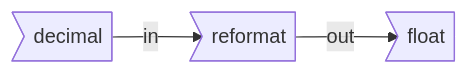
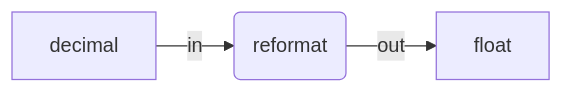
One commit to Heinzad/heinzad.github.io changed the second of 2 diagrams in _posts/2022-11-02-column-transformations-with-t-sql.md. Above: the diagram before and after it, drawn with Mermaid. The commit also changed other lines of this file, not shown here.

Commit message:
Post 20221102 commit 1138

````diff
--- a/_posts/2022-11-02-column-transformations-with-t-sql.md
+++ b/_posts/2022-11-02-column-transformations-with-t-sql.md
@@ -89,5 +89,5 @@
 ```mermaid 
 graph LR; 
-A>decimal]-- in -->T>reformat]; 
-T-- out -->B>float];
+A[decimal]-- in -->T(reformat); 
+T-- out -->B[float];
 ``` 
````
